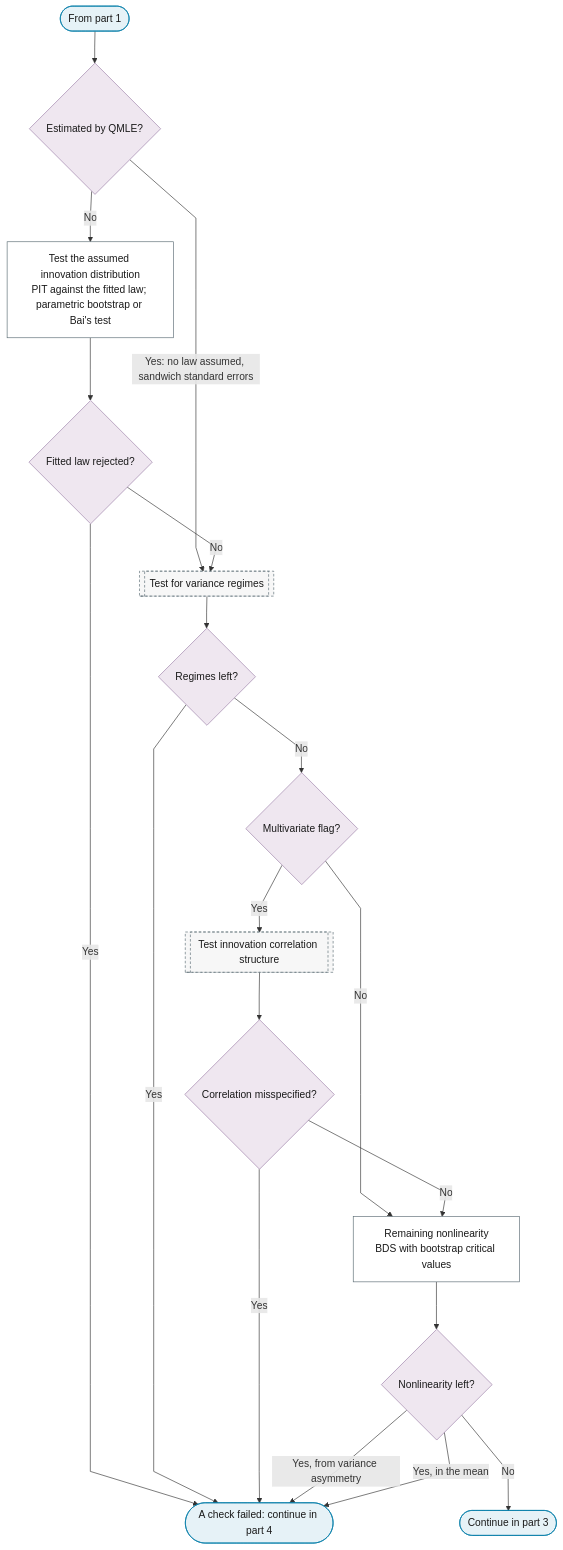
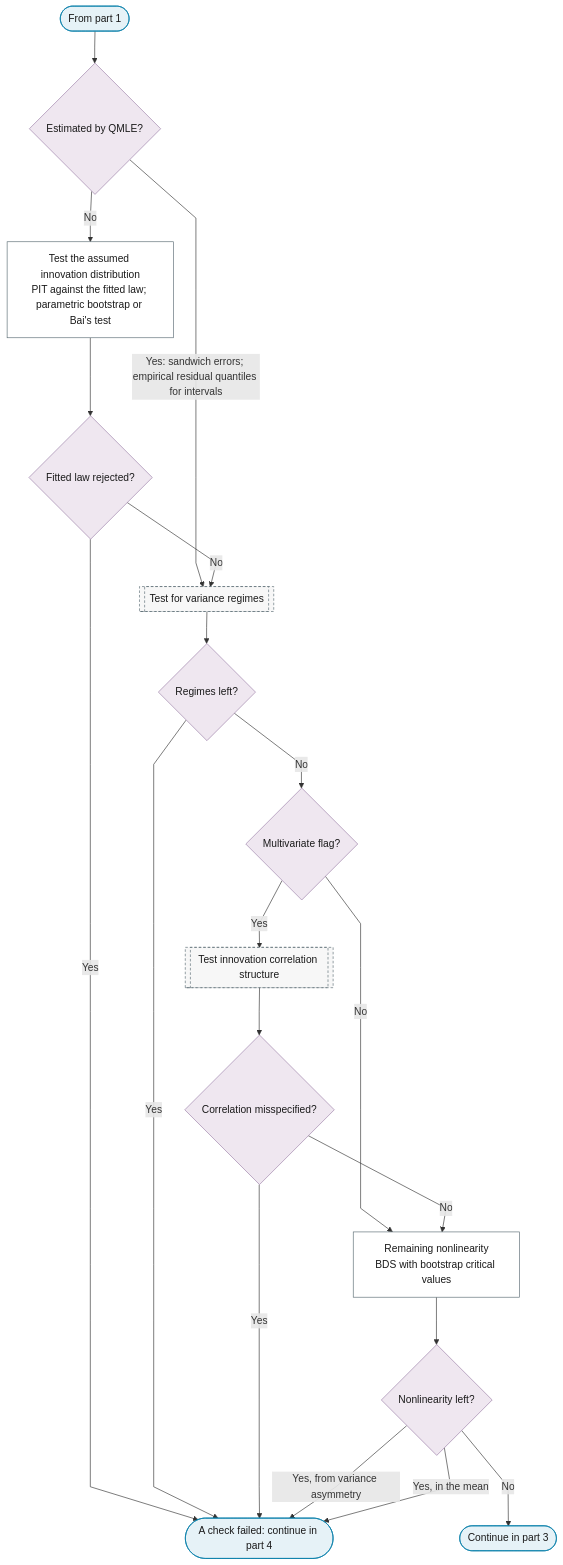
The second of 4 diagrams in docs/01-workflow/p09-in-sample-diagnostics.md (Shuxin-Y/time-series-analysis-manual), drawn with Mermaid before and after one commit. The commit also changed other lines of this file and 11 other files, not shown here.

````diff
--- a/docs/01-workflow/p09-in-sample-diagnostics.md
+++ b/docs/01-workflow/p09-in-sample-diagnostics.md
@@ -52,34 +52,34 @@
 ```mermaid
 %%{init: {"flowchart": {"curve": "linear"}}}%%
 graph TD
     P9_PART_2_IN(["From part 1"]) --> P9_QMLE_Q{"Estimated by QMLE?"}
-    P9_QMLE_Q -->|"Yes: no law assumed, sandwich standard errors"| P7_REGIME_TESTS
+    P9_QMLE_Q -->|"Yes: sandwich errors; empirical residual quantiles for intervals"| P7_REGIME_TESTS
     P9_QMLE_Q -->|"No"| P9_DIST_FIT["Test the assumed innovation distribution<br/>PIT against the fitted law; parametric bootstrap or Bai's test"]
     P9_DIST_FIT --> P9_DIST{"Fitted law rejected?"}
     P9_DIST -->|"Yes"| P9_PART_2_FAIL(["A check failed: continue in part 4"])
     P9_DIST -->|"No"| P7_REGIME_TESTS[["Test for variance regimes"]]
     P7_REGIME_TESTS --> P9_REGIME{"Regimes left?"}
     P9_REGIME -->|"Yes"| P9_PART_2_FAIL
     P9_REGIME -->|"No"| P9_MULTI{"Multivariate flag?"}
     P9_MULTI -->|"Yes"| P7_CORR_TESTS[["Test innovation correlation structure"]]
     P9_MULTI -->|"No"| P9_RESIDUAL_NONLINEARITY
     P7_CORR_TESTS --> P9_CORR{"Correlation misspecified?"}
     P9_CORR -->|"Yes"| P9_PART_2_FAIL
     P9_CORR -->|"No"| P9_RESIDUAL_NONLINEARITY["Remaining nonlinearity<br/>BDS with bootstrap critical values"]
     P9_RESIDUAL_NONLINEARITY --> P9_NONLINEAR{"Nonlinearity left?"}
     P9_NONLINEAR -->|"Yes, from variance asymmetry"| P9_PART_2_FAIL
     P9_NONLINEAR -->|"Yes, in the mean"| P9_PART_2_FAIL
     P9_NONLINEAR -->|"No"| P9_TO_PART_3(["Continue in part 3"])
     class P9_PART_2_IN,P9_TO_PART_3,P9_PART_2_FAIL terminator
     class P9_QMLE_Q,P9_DIST,P9_REGIME,P9_MULTI,P9_CORR,P9_NONLINEAR decision
     class P9_DIST_FIT,P9_RESIDUAL_NONLINEARITY process
     class P7_REGIME_TESTS,P7_CORR_TESTS ref
     classDef terminator fill:#E6F2F7,stroke:#007BA7,color:#1A1A1A;
     classDef process fill:#FFFFFF,stroke:#5A6B73,color:#1A1A1A;
     classDef decision fill:#EFE7F0,stroke:#9B7FA7,color:#1A1A1A;
     classDef data fill:#FFF4E0,stroke:#C9A55E,color:#1A1A1A;
     classDef good fill:#DCEFD8,stroke:#4A7A3F,color:#1A1A1A;
     classDef escalate fill:#FFE9C2,stroke:#C9A55E,color:#1A1A1A;
     classDef problem fill:#F2D9DE,stroke:#800020,color:#1A1A1A;
     classDef ref fill:#F7F7F7,stroke:#5A6B73,color:#1A1A1A,stroke-dasharray:4 3;
 ```
````
